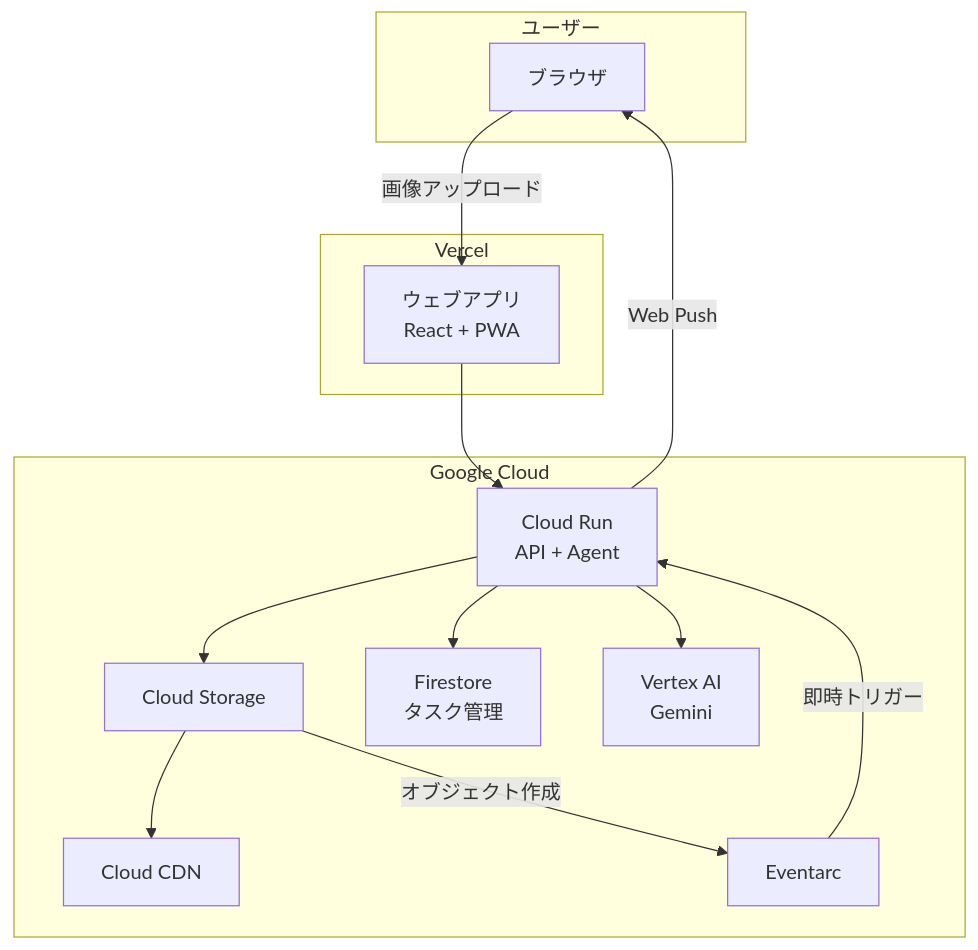
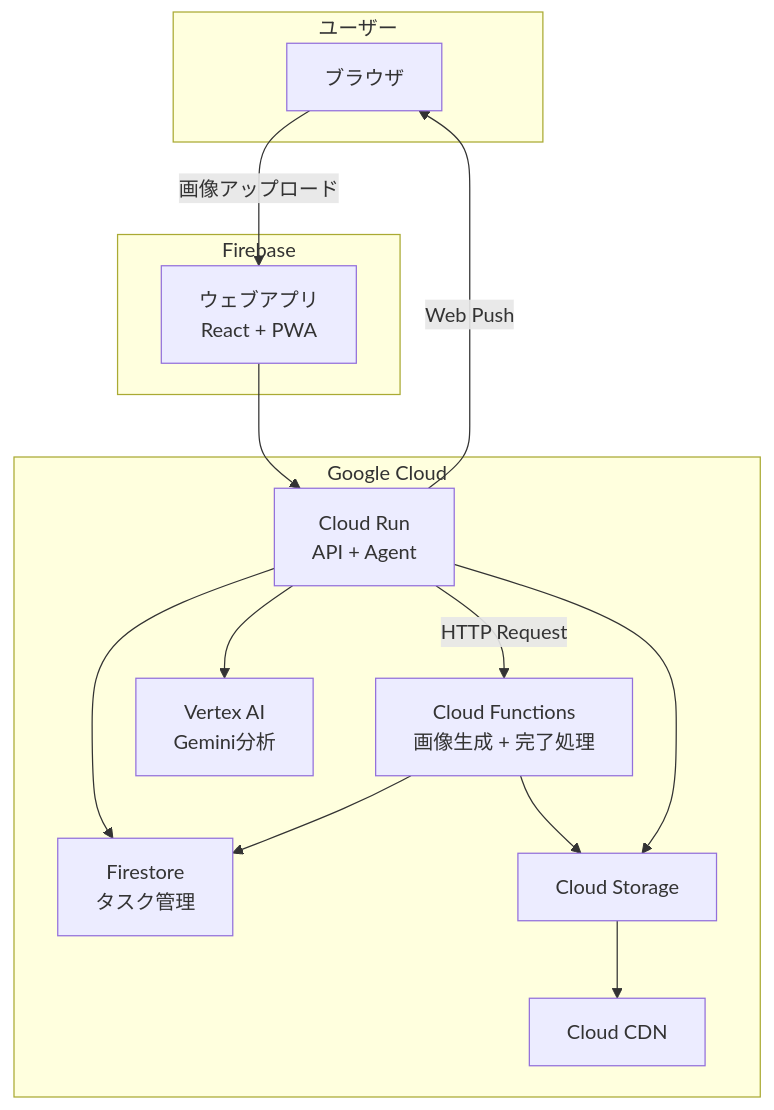
Before and after one commit to nuance-sudo/drawing-practice-agent-gch4: the diagram in README.md, drawn with Mermaid. The commit also changed other lines of this file and 7 other files, not shown here.

First line of the commit message:
docs: アーキテクチャ変更（Cloud Run Functions移行）に伴うドキュメント更新

````diff
--- a/README.md
+++ b/README.md
@@ -38,23 +38,24 @@
 ```mermaid
 flowchart TB
     subgraph User["ユーザー"]
         A[ブラウザ]
     end
 
-    subgraph Vercel["Vercel"]
+    subgraph Firebase["Firebase"]
         B[ウェブアプリ<br/>React + PWA]
     end
 
     subgraph GCP["Google Cloud"]
         C[Cloud Storage] --> D[Cloud CDN]
-        C -->|オブジェクト作成| E[Eventarc]
-        E -->|即時トリガー| F[Cloud Run<br/>API + Agent]
-        F --> G[Firestore<br/>タスク管理]
-        F --> H[Vertex AI<br/>Gemini]
+        F[Cloud Run<br/>API + Agent] --> G[Firestore<br/>タスク管理]
+        F --> H[Vertex AI<br/>Gemini分析]
+        F -->|HTTP Request| I[Cloud Functions<br/>画像生成 + 完了処理]
+        I --> G
+        I --> C
     end
 
     A -->|画像アップロード| B
     B --> F
     F --> C
     F -->|Web Push| A
 ```
````
